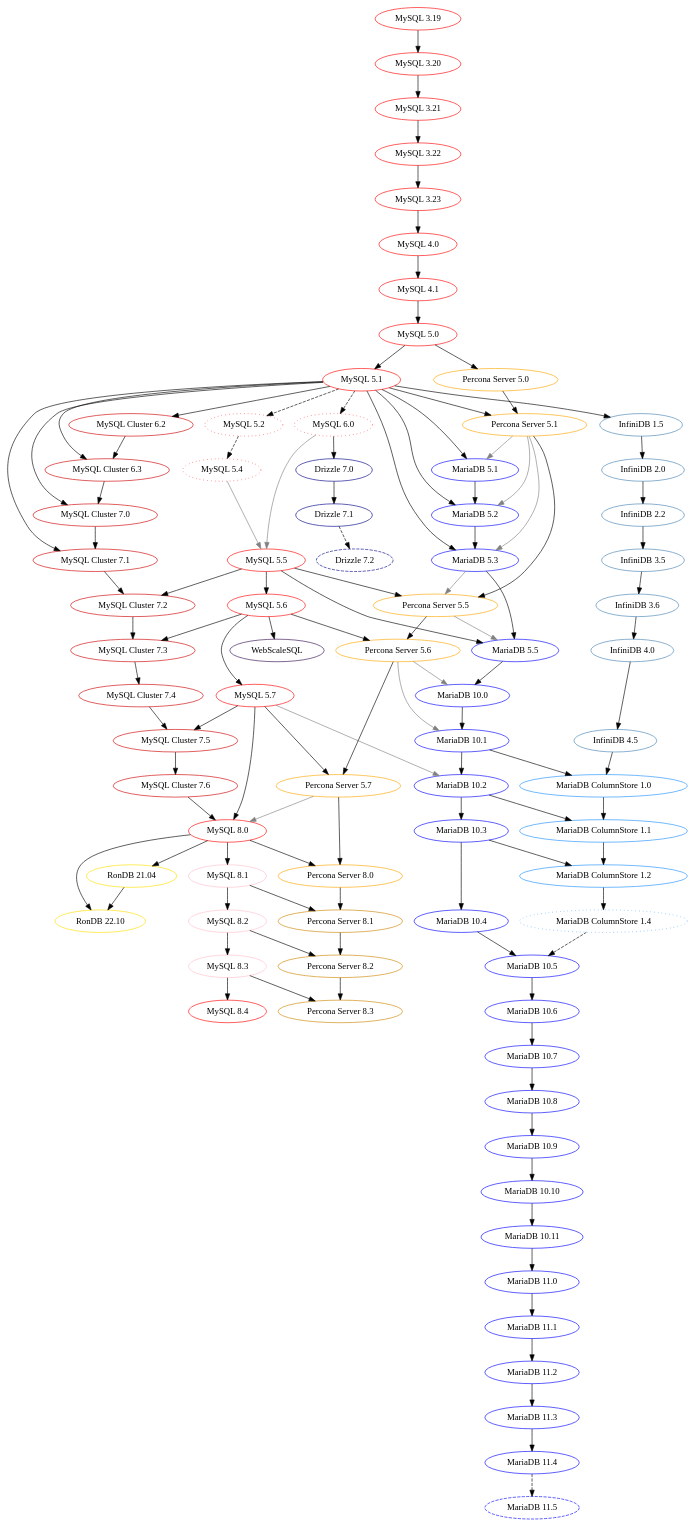
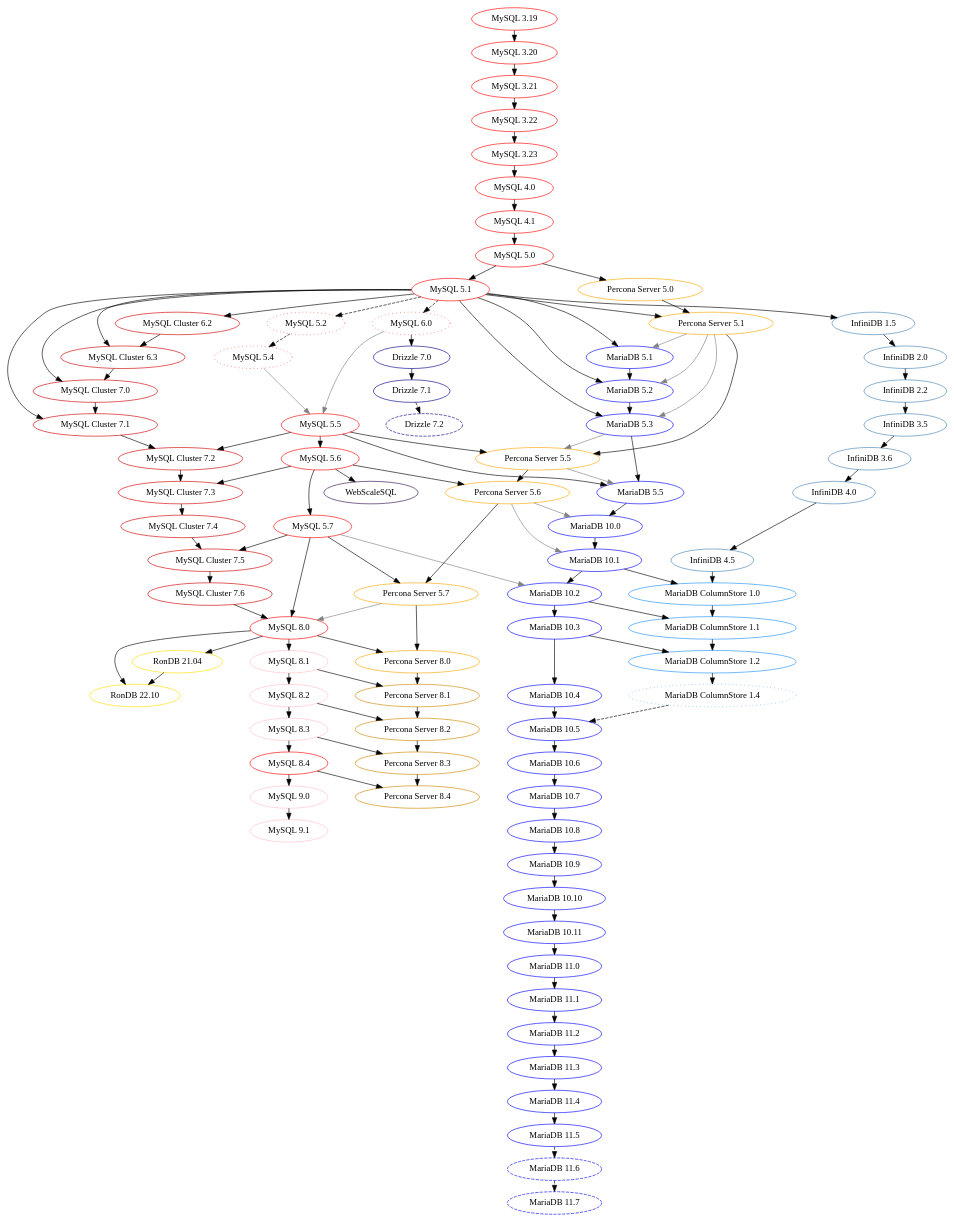
One commit to dveeden/mysql-history-graph changed the diagram in mysql-history-graph.dot. Above: the diagram before and after it, drawn with Graphviz. The commit also changed 2 other files, not shown here.

Commit message:
Update for MySQL, Percona and MariaDB releases

```diff
--- a/mysql-history-graph.dot
+++ b/mysql-history-graph.dot
@@ -12,6 +12,9 @@
 	   Drizzle: 		                blue4
 	   Percona Server: 	                LTS=orange, Innovation=orange3
 	*/
+
+	nodesep=0.6;
+	ranksep=0.25;
 
 	/* MySQL/Sun/Oracle MySQL GA */
 	"MySQL 3.19" [color="red"];
@@ -31,6 +34,8 @@
 	"MySQL 8.2" [color="pink"];
 	"MySQL 8.3" [color="pink"];
 	"MySQL 8.4" [color="red"];
+	"MySQL 9.0" [color="pink"];
+	"MySQL 9.1" [color="pink"];
 	"MySQL 3.19" -> "MySQL 3.20";
 	"MySQL 3.20" -> "MySQL 3.21";
 	"MySQL 3.21" -> "MySQL 3.22";
@@ -44,11 +49,13 @@
 	"MySQL 5.5" -> "MySQL 5.6";
 	"MySQL 5.6" -> "MySQL 5.7";
 	"MySQL 5.7" -> "MySQL 8.0";
+	"MySQL Cluster 7.6" -> "MySQL 8.0";
 	"MySQL 8.0" -> "MySQL 8.1";
 	"MySQL 8.1" -> "MySQL 8.2";
 	"MySQL 8.2" -> "MySQL 8.3";
 	"MySQL 8.3" -> "MySQL 8.4";
-	"MySQL Cluster 7.6" -> "MySQL 8.0";
+	"MySQL 8.4" -> "MySQL 9.0";
+	"MySQL 9.0" -> "MySQL 9.1";
 
 	/* MySQL/Sun/Oracle non-GA */	
 	"MySQL 5.2" [color="red",style="dotted"];
@@ -109,7 +116,9 @@
 	"MariaDB 11.2" [color="blue"];
 	"MariaDB 11.3" [color="blue"];
 	"MariaDB 11.4" [color="blue"];
-	"MariaDB 11.5" [color="blue", style="dashed"];
+	"MariaDB 11.5" [color="blue"];
+	"MariaDB 11.6" [color="blue", style="dashed"];
+	"MariaDB 11.7" [color="blue", style="dashed"];
 	"MySQL 5.1" -> "MariaDB 5.1";
 	"Percona Server 5.1" -> "MariaDB 5.1" [color="grey"]; // XtraDB
 	"MySQL 5.1" -> "MariaDB 5.2";
@@ -149,7 +158,9 @@
 	"MariaDB 11.1" -> "MariaDB 11.2";
 	"MariaDB 11.2" -> "MariaDB 11.3";
 	"MariaDB 11.3" -> "MariaDB 11.4";
-	"MariaDB 11.4" -> "MariaDB 11.5" [style="dashed"];
+	"MariaDB 11.4" -> "MariaDB 11.5";
+	"MariaDB 11.5" -> "MariaDB 11.6" [style="dashed"];
+	"MariaDB 11.6" -> "MariaDB 11.7" [style="dashed"];
 
     /* InfiniDB */
     "InfiniDB 1.5" [color="steelblue"];
@@ -197,6 +208,7 @@
 	"Percona Server 8.1" [color="orange3"];
 	"Percona Server 8.2" [color="orange3"];
 	"Percona Server 8.3" [color="orange3"];
+	"Percona Server 8.4" [color="orange3"];
 	"MySQL 5.0" -> "Percona Server 5.0";
 	"MySQL 5.1" -> "Percona Server 5.1";
 	"Percona Server 5.0" -> "Percona Server 5.1";
@@ -215,6 +227,8 @@
 	"MySQL 8.2" -> "Percona Server 8.2";
 	"Percona Server 8.2" -> "Percona Server 8.3";
 	"MySQL 8.3" -> "Percona Server 8.3";
+	"Percona Server 8.3" -> "Percona Server 8.4";
+	"MySQL 8.4" -> "Percona Server 8.4";
 
 	/* Drizzle */
 	"Drizzle 7.0" [color="blue4"];
```
